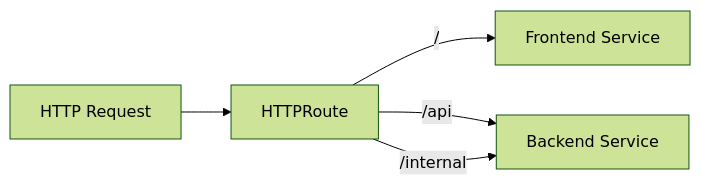
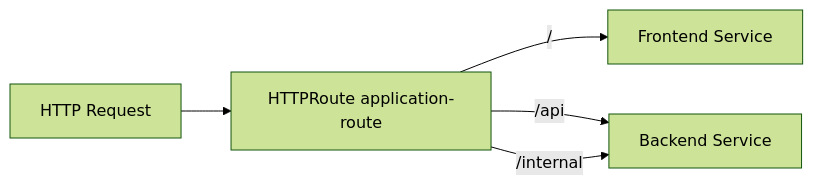
One commit to ahmed-sayed-devops/microservices-platform-gitops changed the seventh of 16 diagrams in docs/03-gateway-api/README.md. Above: the diagram before and after it, drawn with Mermaid (forest theme). The commit also changed other lines of this file, not shown here.

Commit message:
docs: improve Gateway API diagrams

````diff
--- a/docs/03-gateway-api/README.md
+++ b/docs/03-gateway-api/README.md
@@ -338,12 +384,12 @@
 ```mermaid
 graph LR
     Request[HTTP Request]
-    Route[HTTPRoute]
+    Route[HTTPRoute application-route]
     Frontend[Frontend Service]
     Backend[Backend Service]
 
     Request --> Route
     Route -->|/| Frontend
     Route -->|/api| Backend
     Route -->|/internal| Backend
 ```
````
